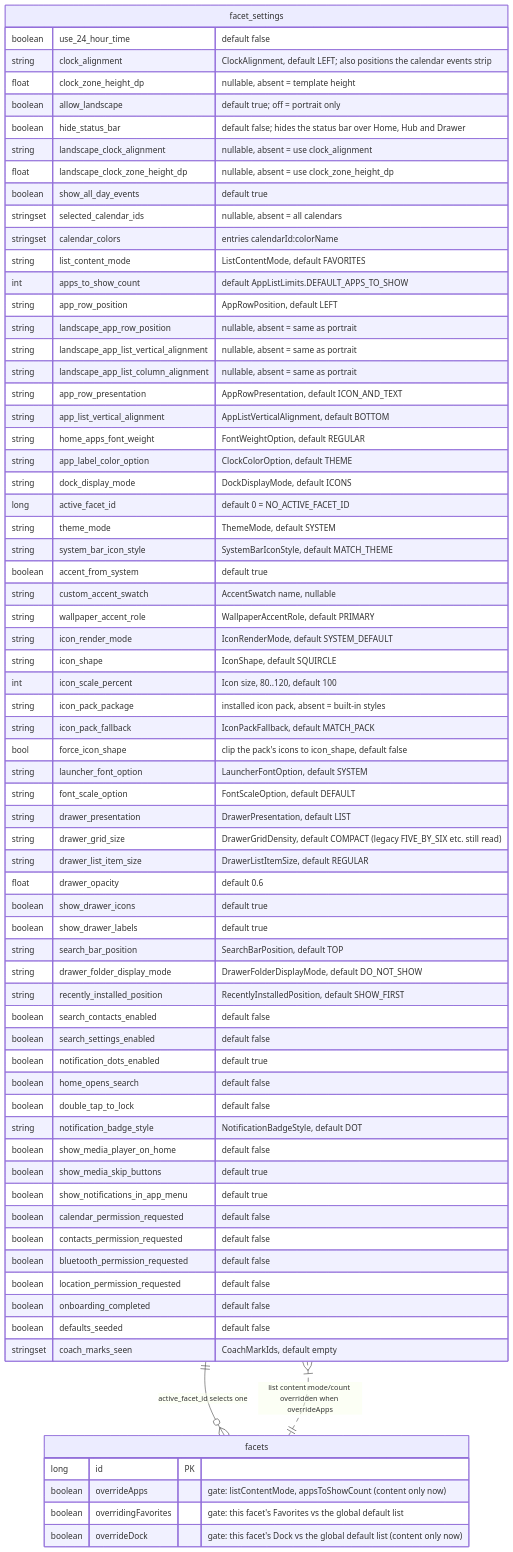
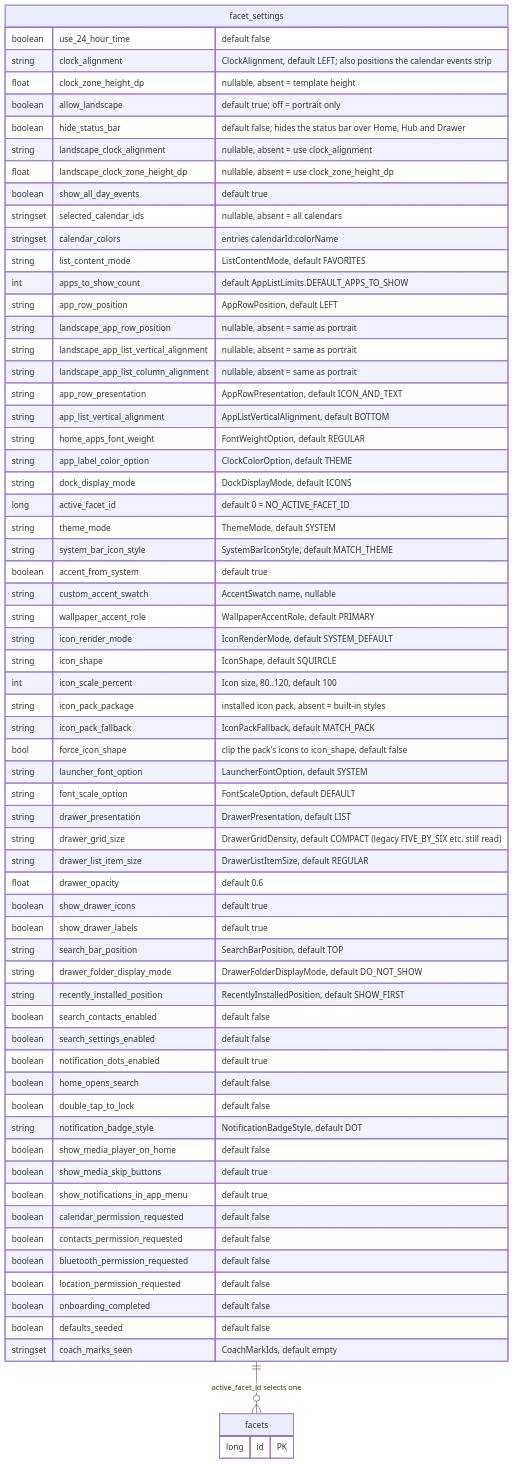
One commit to rohitganjam/facet-launcher changed the third of 3 diagrams in docs/architecture/02-persistence-room.md. Above: the diagram before and after it, drawn with Mermaid. The commit also changed other lines of this file and 85 other files, not shown here.

First line of the commit message:
Facets own their dock, favorites and look; the launcher defaults only seed

````diff
--- a/docs/architecture/02-persistence-room.md
+++ b/docs/architecture/02-persistence-room.md
@@ -374,75 +373,71 @@
 ```mermaid
 erDiagram
     facet_settings {
         boolean use_24_hour_time "default false"
         string clock_alignment "ClockAlignment, default LEFT; also positions the calendar events strip"
         float clock_zone_height_dp "nullable, absent = template height"
         boolean allow_landscape "default true; off = portrait only"
         boolean hide_status_bar "default false; hides the status bar over Home, Hub and Drawer"
         string landscape_clock_alignment "nullable, absent = use clock_alignment"
         float landscape_clock_zone_height_dp "nullable, absent = use clock_zone_height_dp"
         boolean show_all_day_events "default true"
         stringset selected_calendar_ids "nullable, absent = all calendars"
         stringset calendar_colors "entries calendarId:colorName"
         string list_content_mode "ListContentMode, default FAVORITES"
         int apps_to_show_count "default AppListLimits.DEFAULT_APPS_TO_SHOW"
         string app_row_position "AppRowPosition, default LEFT"
         string landscape_app_row_position "nullable, absent = same as portrait"
         string landscape_app_list_vertical_alignment "nullable, absent = same as portrait"
         string landscape_app_list_column_alignment "nullable, absent = same as portrait"
         string app_row_presentation "AppRowPresentation, default ICON_AND_TEXT"
         string app_list_vertical_alignment "AppListVerticalAlignment, default BOTTOM"
         string home_apps_font_weight "FontWeightOption, default REGULAR"
         string app_label_color_option "ClockColorOption, default THEME"
         string dock_display_mode "DockDisplayMode, default ICONS"
         long active_facet_id "default 0 = NO_ACTIVE_FACET_ID"
         string theme_mode "ThemeMode, default SYSTEM"
         string system_bar_icon_style "SystemBarIconStyle, default MATCH_THEME"
         boolean accent_from_system "default true"
         string custom_accent_swatch "AccentSwatch name, nullable"
         string wallpaper_accent_role "WallpaperAccentRole, default PRIMARY"
         string icon_render_mode "IconRenderMode, default SYSTEM_DEFAULT"
         string icon_shape "IconShape, default SQUIRCLE"
         int icon_scale_percent "Icon size, 80..120, default 100"
         string icon_pack_package "installed icon pack, absent = built-in styles"
         string icon_pack_fallback "IconPackFallback, default MATCH_PACK"
         bool force_icon_shape "clip the pack's icons to icon_shape, default false"
         string launcher_font_option "LauncherFontOption, default SYSTEM"
         string font_scale_option "FontScaleOption, default DEFAULT"
         string drawer_presentation "DrawerPresentation, default LIST"
         string drawer_grid_size "DrawerGridDensity, default COMPACT (legacy FIVE_BY_SIX etc. still read)"
         string drawer_list_item_size "DrawerListItemSize, default REGULAR"
         float drawer_opacity "default 0.6"
         boolean show_drawer_icons "default true"
         boolean show_drawer_labels "default true"
         string search_bar_position "SearchBarPosition, default TOP"
         string drawer_folder_display_mode "DrawerFolderDisplayMode, default DO_NOT_SHOW"
         string recently_installed_position "RecentlyInstalledPosition, default SHOW_FIRST"
         boolean search_contacts_enabled "default false"
         boolean search_settings_enabled "default false"
         boolean notification_dots_enabled "default true"
         boolean home_opens_search "default false"
         boolean double_tap_to_lock "default false"
         string notification_badge_style "NotificationBadgeStyle, default DOT"
         boolean show_media_player_on_home "default false"
         boolean show_media_skip_buttons "default true"
         boolean show_notifications_in_app_menu "default true"
         boolean calendar_permission_requested "default false"
         boolean contacts_permission_requested "default false"
         boolean bluetooth_permission_requested "default false"
         boolean location_permission_requested "default false"
         boolean onboarding_completed "default false"
         boolean defaults_seeded "default false"
         stringset coach_marks_seen "CoachMarkIds, default empty"
     }
 
     facets {
         long id PK
-        boolean overrideApps "gate: listContentMode, appsToShowCount (content only now)"
-        boolean overridingFavorites "gate: this facet's Favorites vs the global default list"
-        boolean overrideDock "gate: this facet's Dock vs the global default list (content only now)"
     }
 
     facet_settings ||--o{ facets : "active_facet_id selects one"
-    facet_settings }|..|| facets : "list content mode/count overridden when overrideApps"
 ```
````
